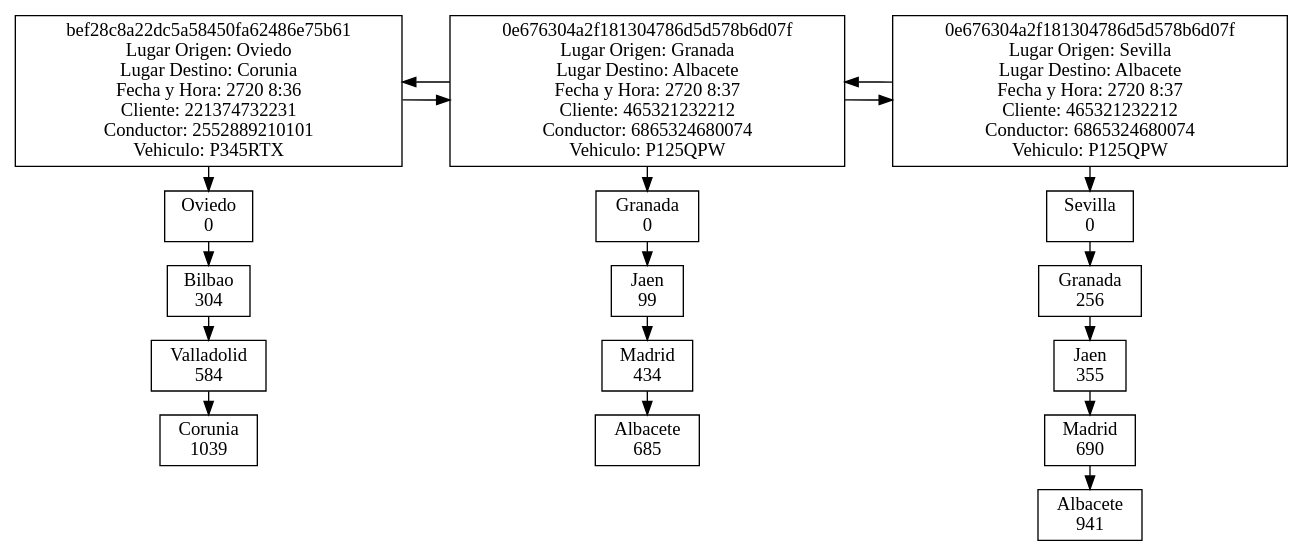
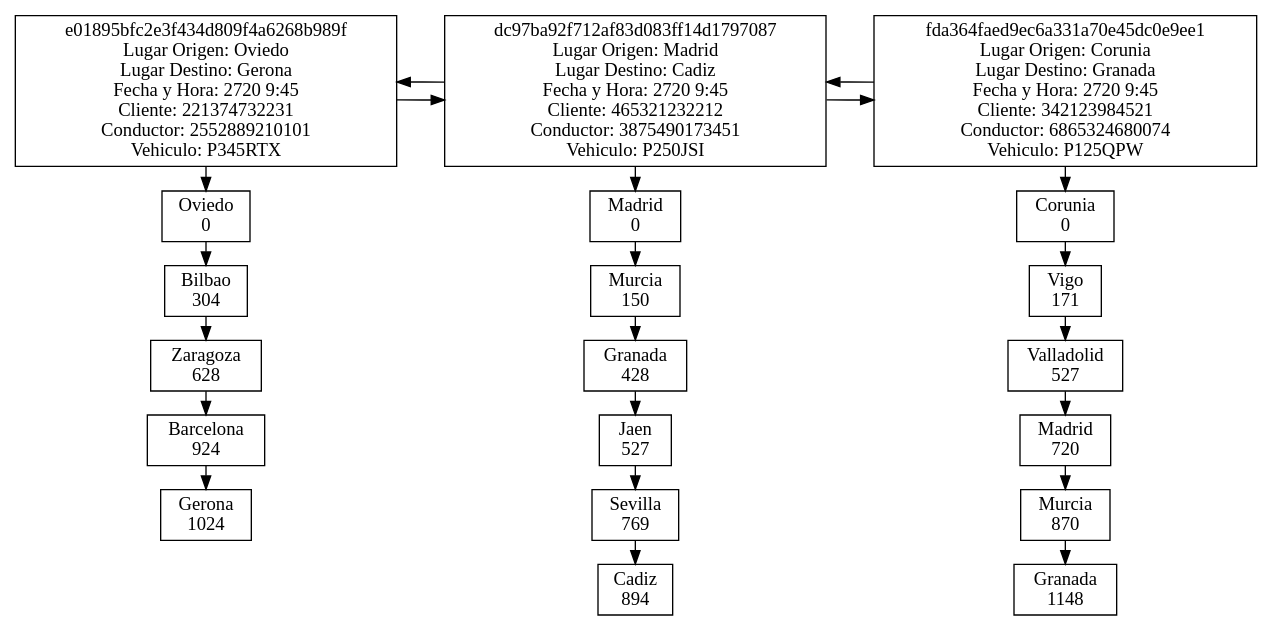
The diagram in R_BlockChain.dot (EmBarillasA94/EDD_PROYECTO2_JUNIO_201503741), drawn with Graphviz before and after one commit. The commit also changed 12 other files, not shown here.

```diff
--- a/R_BlockChain.dot
+++ b/R_BlockChain.dot
@@ -1,55 +1,63 @@
 digraph BlockChain{ 
 node[shape=box]; 
 rankdir = LR; 
 
-"33113427"[label = "bef28c8a22dc5a58450fa62486e75b61&#92;nLugar Origen: Oviedo&#92;nLugar Destino: Corunia&#92;nFecha y Hora: 2720 8:36&#92;nCliente: 221374732231&#92;nConductor: 2552889210101&#92;nVehiculo: P345RTX"] 
-"28040687"[label = "0e676304a2f181304786d5d578b6d07f&#92;nLugar Origen: Granada&#92;nLugar Destino: Albacete&#92;nFecha y Hora: 2720 8:37&#92;nCliente: 465321232212&#92;nConductor: 6865324680074&#92;nVehiculo: P125QPW"] 
-"13833081"[label = "0e676304a2f181304786d5d578b6d07f&#92;nLugar Origen: Sevilla&#92;nLugar Destino: Albacete&#92;nFecha y Hora: 2720 8:37&#92;nCliente: 465321232212&#92;nConductor: 6865324680074&#92;nVehiculo: P125QPW"] 
-"33113427"->"28040687"; 
-"28040687"->"33113427"; 
-"28040687"->"13833081"; 
-"13833081"->"28040687"; 
+"27096026"[label = "e01895bfc2e3f434d809f4a6268b989f&#92;nLugar Origen: Oviedo&#92;nLugar Destino: Gerona&#92;nFecha y Hora: 2720 9:45&#92;nCliente: 221374732231&#92;nConductor: 2552889210101&#92;nVehiculo: P345RTX"] 
+"8421612"[label = "dc97ba92f712af83d083ff14d1797087&#92;nLugar Origen: Madrid&#92;nLugar Destino: Cadiz&#92;nFecha y Hora: 2720 9:45&#92;nCliente: 465321232212&#92;nConductor: 3875490173451&#92;nVehiculo: P250JSI"] 
+"2111460"[label = "fda364faed9ec6a331a70e45dc0e9ee1&#92;nLugar Origen: Corunia&#92;nLugar Destino: Granada&#92;nFecha y Hora: 2720 9:45&#92;nCliente: 342123984521&#92;nConductor: 6865324680074&#92;nVehiculo: P125QPW"] 
+"27096026"->"8421612"; 
+"8421612"->"27096026"; 
+"8421612"->"2111460"; 
+"2111460"->"8421612"; 
 
-subgraph ruta_33113427{ 
+subgraph ruta_27096026{ 
 rank=same; 
-"Oviedo_33113427"[label="Oviedo&#92;n0"]; 
-"Bilbao_33113427"[label="Bilbao&#92;n304"]; 
-"Valladolid_33113427"[label="Valladolid&#92;n584"]; 
-"Corunia_33113427"[label="Corunia&#92;n1039"]; 
+"Oviedo_27096026"[label="Oviedo&#92;n0"]; 
+"Bilbao_27096026"[label="Bilbao&#92;n304"]; 
+"Zaragoza_27096026"[label="Zaragoza&#92;n628"]; 
+"Barcelona_27096026"[label="Barcelona&#92;n924"]; 
+"Gerona_27096026"[label="Gerona&#92;n1024"]; 
 
-"Oviedo_33113427"->"Bilbao_33113427"; 
-"Bilbao_33113427"->"Valladolid_33113427"; 
-"Valladolid_33113427"->"Corunia_33113427"; 
+"Oviedo_27096026"->"Bilbao_27096026"; 
+"Bilbao_27096026"->"Zaragoza_27096026"; 
+"Zaragoza_27096026"->"Barcelona_27096026"; 
+"Barcelona_27096026"->"Gerona_27096026"; 
 }
-subgraph ruta_28040687{ 
+subgraph ruta_8421612{ 
 rank=same; 
-"Granada_28040687"[label="Granada&#92;n0"]; 
-"Jaen_28040687"[label="Jaen&#92;n99"]; 
-"Madrid_28040687"[label="Madrid&#92;n434"]; 
-"Albacete_28040687"[label="Albacete&#92;n685"]; 
+"Madrid_8421612"[label="Madrid&#92;n0"]; 
+"Murcia_8421612"[label="Murcia&#92;n150"]; 
+"Granada_8421612"[label="Granada&#92;n428"]; 
+"Jaen_8421612"[label="Jaen&#92;n527"]; 
+"Sevilla_8421612"[label="Sevilla&#92;n769"]; 
+"Cadiz_8421612"[label="Cadiz&#92;n894"]; 
 
-"Granada_28040687"->"Jaen_28040687"; 
-"Jaen_28040687"->"Madrid_28040687"; 
-"Madrid_28040687"->"Albacete_28040687"; 
+"Madrid_8421612"->"Murcia_8421612"; 
+"Murcia_8421612"->"Granada_8421612"; 
+"Granada_8421612"->"Jaen_8421612"; 
+"Jaen_8421612"->"Sevilla_8421612"; 
+"Sevilla_8421612"->"Cadiz_8421612"; 
 }
-subgraph ruta_13833081{ 
+subgraph ruta_2111460{ 
 rank=same; 
-"Sevilla_13833081"[label="Sevilla&#92;n0"]; 
-"Granada_13833081"[label="Granada&#92;n256"]; 
-"Jaen_13833081"[label="Jaen&#92;n355"]; 
-"Madrid_13833081"[label="Madrid&#92;n690"]; 
-"Albacete_13833081"[label="Albacete&#92;n941"]; 
+"Corunia_2111460"[label="Corunia&#92;n0"]; 
+"Vigo_2111460"[label="Vigo&#92;n171"]; 
+"Valladolid_2111460"[label="Valladolid&#92;n527"]; 
+"Madrid_2111460"[label="Madrid&#92;n720"]; 
+"Murcia_2111460"[label="Murcia&#92;n870"]; 
+"Granada_2111460"[label="Granada&#92;n1148"]; 
 
-"Sevilla_13833081"->"Granada_13833081"; 
-"Granada_13833081"->"Jaen_13833081"; 
-"Jaen_13833081"->"Madrid_13833081"; 
-"Madrid_13833081"->"Albacete_13833081"; 
+"Corunia_2111460"->"Vigo_2111460"; 
+"Vigo_2111460"->"Valladolid_2111460"; 
+"Valladolid_2111460"->"Madrid_2111460"; 
+"Madrid_2111460"->"Murcia_2111460"; 
+"Murcia_2111460"->"Granada_2111460"; 
 }
-{rank=same "33113427" "Oviedo_33113427"} 
-"33113427"->"Oviedo_33113427"; 
-{rank=same "28040687" "Granada_28040687"} 
-"28040687"->"Granada_28040687"; 
-{rank=same "13833081" "Sevilla_13833081"} 
-"13833081"->"Sevilla_13833081"; 
+{rank=same "27096026" "Oviedo_27096026"} 
+"27096026"->"Oviedo_27096026"; 
+{rank=same "8421612" "Madrid_8421612"} 
+"8421612"->"Madrid_8421612"; 
+{rank=same "2111460" "Corunia_2111460"} 
+"2111460"->"Corunia_2111460"; 
 
 }
```
